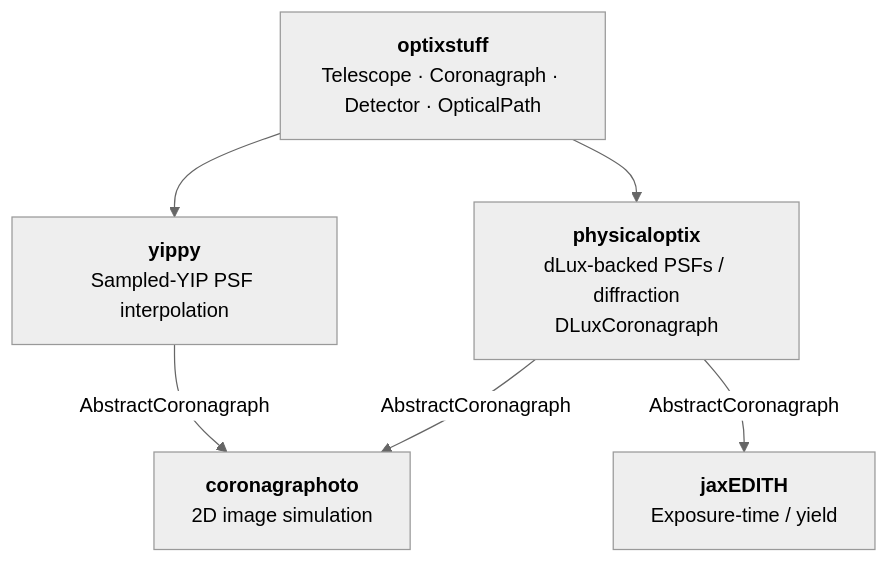
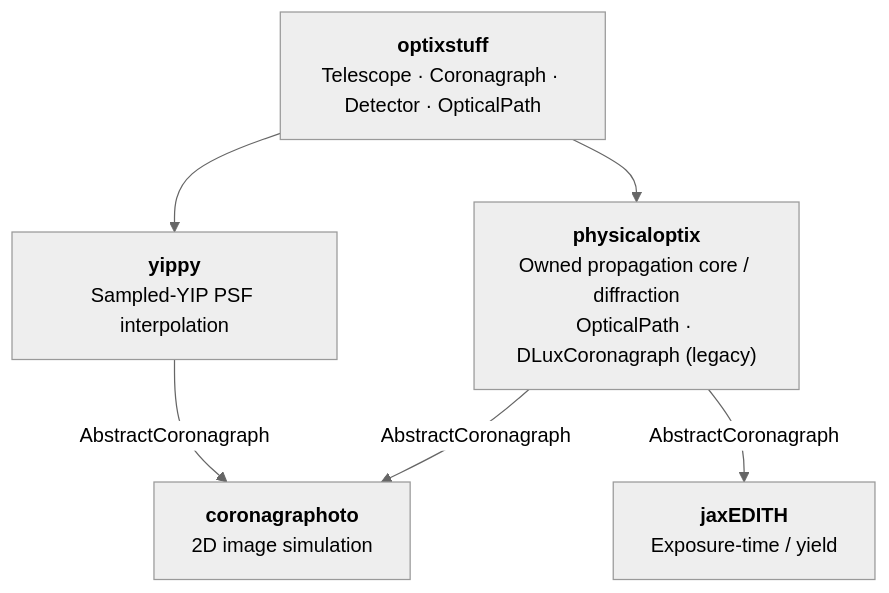
One commit to CoreySpohn/physicaloptix changed the diagram in README.md. Above: the diagram before and after it, drawn with Mermaid (neutral theme). The commit also changed other lines of this file and 15 other files, not shown here.

Commit message:
refactor(path): rename OpticalTrain to OpticalPath, strip internal research references, add no-internal-refs commit guard (pre-commit hook + pytest)

````diff
--- a/README.md
+++ b/README.md
@@ -72,14 +72,14 @@
 ```mermaid
 flowchart TB
     optix["<b>optixstuff</b><br/>Telescope · Coronagraph · Detector · OpticalPath"]
-    physopt["<b>physicaloptix</b><br/>dLux-backed PSFs / diffraction<br/>DLuxCoronagraph"]
+    physopt["<b>physicaloptix</b><br/>Owned propagation core / diffraction<br/>OpticalPath · DLuxCoronagraph (legacy)"]
     yippy["<b>yippy</b><br/>Sampled-YIP PSF interpolation"]
     corono["<b>coronagraphoto</b><br/>2D image simulation"]
     jaxedith["<b>jaxEDITH</b><br/>Exposure-time / yield"]
 
     optix --> physopt
     optix --> yippy
     physopt -- AbstractCoronagraph --> corono
     physopt -- AbstractCoronagraph --> jaxedith
     yippy -- AbstractCoronagraph --> corono
 ```
````
